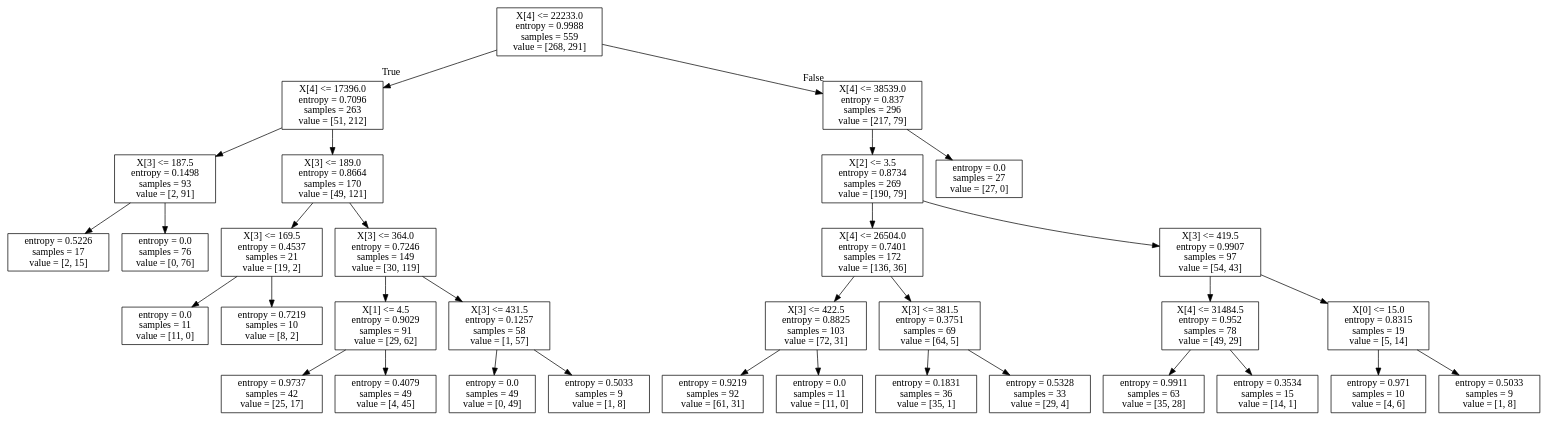
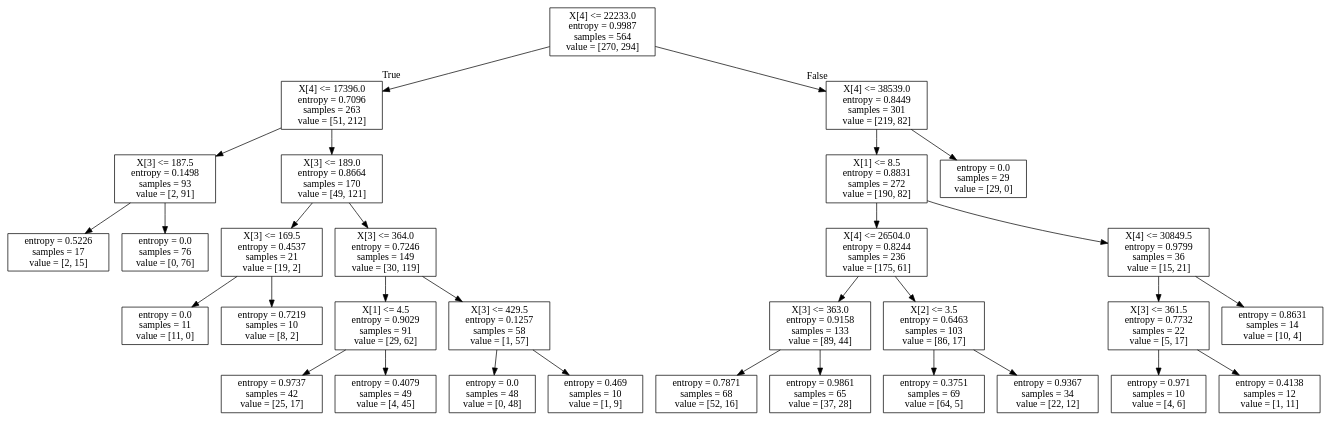
The diagram in NaoDecisionTree.dot (cmcollander/NaoLego), drawn with Graphviz before and after one commit. The commit also changed 3 other files, not shown here.

```diff
--- a/NaoDecisionTree.dot
+++ b/NaoDecisionTree.dot
@@ -1,68 +1,64 @@
 digraph Tree {
 node [shape=box] ;
-0 [label="X[4] <= 22233.0\nentropy = 0.9988\nsamples = 559\nvalue = [268, 291]"] ;
+0 [label="X[4] <= 22233.0\nentropy = 0.9987\nsamples = 564\nvalue = [270, 294]"] ;
 1 [label="X[4] <= 17396.0\nentropy = 0.7096\nsamples = 263\nvalue = [51, 212]"] ;
 0 -> 1 [labeldistance=2.5, labelangle=45, headlabel="True"] ;
 2 [label="X[3] <= 187.5\nentropy = 0.1498\nsamples = 93\nvalue = [2, 91]"] ;
 1 -> 2 ;
 3 [label="entropy = 0.5226\nsamples = 17\nvalue = [2, 15]"] ;
 2 -> 3 ;
 4 [label="entropy = 0.0\nsamples = 76\nvalue = [0, 76]"] ;
 2 -> 4 ;
 5 [label="X[3] <= 189.0\nentropy = 0.8664\nsamples = 170\nvalue = [49, 121]"] ;
 1 -> 5 ;
 6 [label="X[3] <= 169.5\nentropy = 0.4537\nsamples = 21\nvalue = [19, 2]"] ;
 5 -> 6 ;
 7 [label="entropy = 0.0\nsamples = 11\nvalue = [11, 0]"] ;
 6 -> 7 ;
 8 [label="entropy = 0.7219\nsamples = 10\nvalue = [8, 2]"] ;
 6 -> 8 ;
 9 [label="X[3] <= 364.0\nentropy = 0.7246\nsamples = 149\nvalue = [30, 119]"] ;
 5 -> 9 ;
 10 [label="X[1] <= 4.5\nentropy = 0.9029\nsamples = 91\nvalue = [29, 62]"] ;
 9 -> 10 ;
 11 [label="entropy = 0.9737\nsamples = 42\nvalue = [25, 17]"] ;
 10 -> 11 ;
 12 [label="entropy = 0.4079\nsamples = 49\nvalue = [4, 45]"] ;
 10 -> 12 ;
-13 [label="X[3] <= 431.5\nentropy = 0.1257\nsamples = 58\nvalue = [1, 57]"] ;
+13 [label="X[3] <= 429.5\nentropy = 0.1257\nsamples = 58\nvalue = [1, 57]"] ;
 9 -> 13 ;
-14 [label="entropy = 0.0\nsamples = 49\nvalue = [0, 49]"] ;
+14 [label="entropy = 0.0\nsamples = 48\nvalue = [0, 48]"] ;
 13 -> 14 ;
-15 [label="entropy = 0.5033\nsamples = 9\nvalue = [1, 8]"] ;
+15 [label="entropy = 0.469\nsamples = 10\nvalue = [1, 9]"] ;
 13 -> 15 ;
-16 [label="X[4] <= 38539.0\nentropy = 0.837\nsamples = 296\nvalue = [217, 79]"] ;
+16 [label="X[4] <= 38539.0\nentropy = 0.8449\nsamples = 301\nvalue = [219, 82]"] ;
 0 -> 16 [labeldistance=2.5, labelangle=-45, headlabel="False"] ;
-17 [label="X[2] <= 3.5\nentropy = 0.8734\nsamples = 269\nvalue = [190, 79]"] ;
+17 [label="X[1] <= 8.5\nentropy = 0.8831\nsamples = 272\nvalue = [190, 82]"] ;
 16 -> 17 ;
-18 [label="X[4] <= 26504.0\nentropy = 0.7401\nsamples = 172\nvalue = [136, 36]"] ;
+18 [label="X[4] <= 26504.0\nentropy = 0.8244\nsamples = 236\nvalue = [175, 61]"] ;
 17 -> 18 ;
-19 [label="X[3] <= 422.5\nentropy = 0.8825\nsamples = 103\nvalue = [72, 31]"] ;
+19 [label="X[3] <= 363.0\nentropy = 0.9158\nsamples = 133\nvalue = [89, 44]"] ;
 18 -> 19 ;
-20 [label="entropy = 0.9219\nsamples = 92\nvalue = [61, 31]"] ;
+20 [label="entropy = 0.7871\nsamples = 68\nvalue = [52, 16]"] ;
 19 -> 20 ;
-21 [label="entropy = 0.0\nsamples = 11\nvalue = [11, 0]"] ;
+21 [label="entropy = 0.9861\nsamples = 65\nvalue = [37, 28]"] ;
 19 -> 21 ;
-22 [label="X[3] <= 381.5\nentropy = 0.3751\nsamples = 69\nvalue = [64, 5]"] ;
+22 [label="X[2] <= 3.5\nentropy = 0.6463\nsamples = 103\nvalue = [86, 17]"] ;
 18 -> 22 ;
-23 [label="entropy = 0.1831\nsamples = 36\nvalue = [35, 1]"] ;
+23 [label="entropy = 0.3751\nsamples = 69\nvalue = [64, 5]"] ;
 22 -> 23 ;
-24 [label="entropy = 0.5328\nsamples = 33\nvalue = [29, 4]"] ;
+24 [label="entropy = 0.9367\nsamples = 34\nvalue = [22, 12]"] ;
 22 -> 24 ;
-25 [label="X[3] <= 419.5\nentropy = 0.9907\nsamples = 97\nvalue = [54, 43]"] ;
+25 [label="X[4] <= 30849.5\nentropy = 0.9799\nsamples = 36\nvalue = [15, 21]"] ;
 17 -> 25 ;
-26 [label="X[4] <= 31484.5\nentropy = 0.952\nsamples = 78\nvalue = [49, 29]"] ;
+26 [label="X[3] <= 361.5\nentropy = 0.7732\nsamples = 22\nvalue = [5, 17]"] ;
 25 -> 26 ;
-27 [label="entropy = 0.9911\nsamples = 63\nvalue = [35, 28]"] ;
+27 [label="entropy = 0.971\nsamples = 10\nvalue = [4, 6]"] ;
 26 -> 27 ;
-28 [label="entropy = 0.3534\nsamples = 15\nvalue = [14, 1]"] ;
+28 [label="entropy = 0.4138\nsamples = 12\nvalue = [1, 11]"] ;
 26 -> 28 ;
-29 [label="X[0] <= 15.0\nentropy = 0.8315\nsamples = 19\nvalue = [5, 14]"] ;
+29 [label="entropy = 0.8631\nsamples = 14\nvalue = [10, 4]"] ;
 25 -> 29 ;
-30 [label="entropy = 0.971\nsamples = 10\nvalue = [4, 6]"] ;
-29 -> 30 ;
-31 [label="entropy = 0.5033\nsamples = 9\nvalue = [1, 8]"] ;
-29 -> 31 ;
-32 [label="entropy = 0.0\nsamples = 27\nvalue = [27, 0]"] ;
-16 -> 32 ;
+30 [label="entropy = 0.0\nsamples = 29\nvalue = [29, 0]"] ;
+16 -> 30 ;
 }
```
